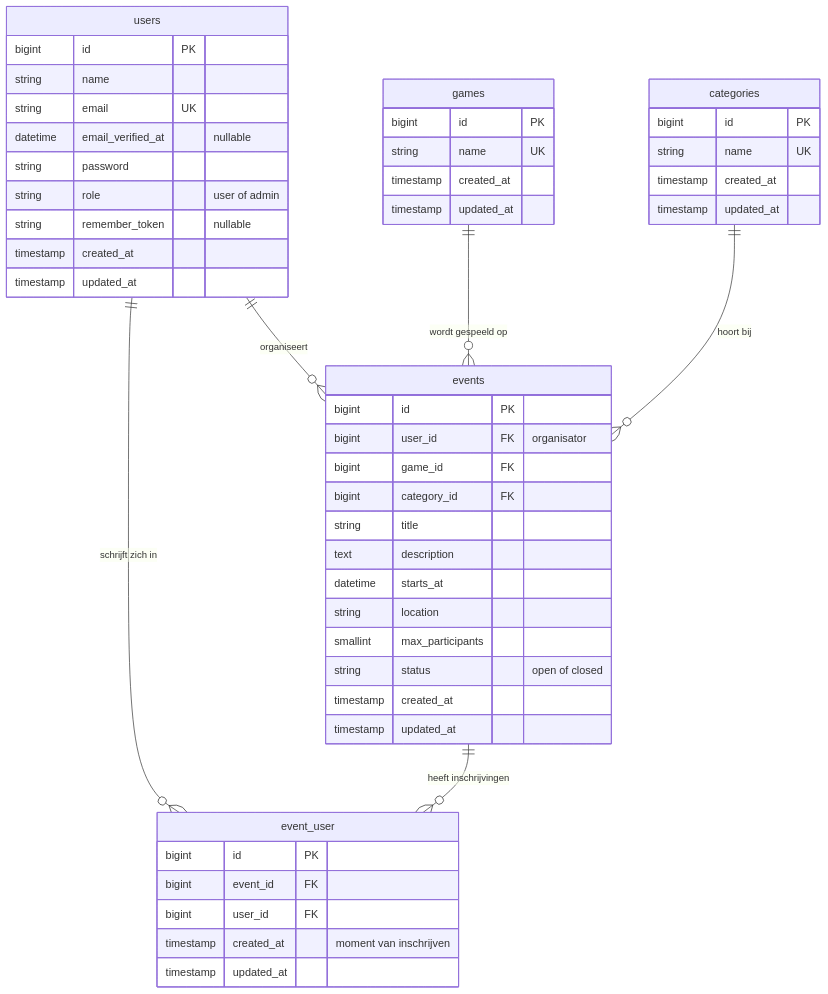
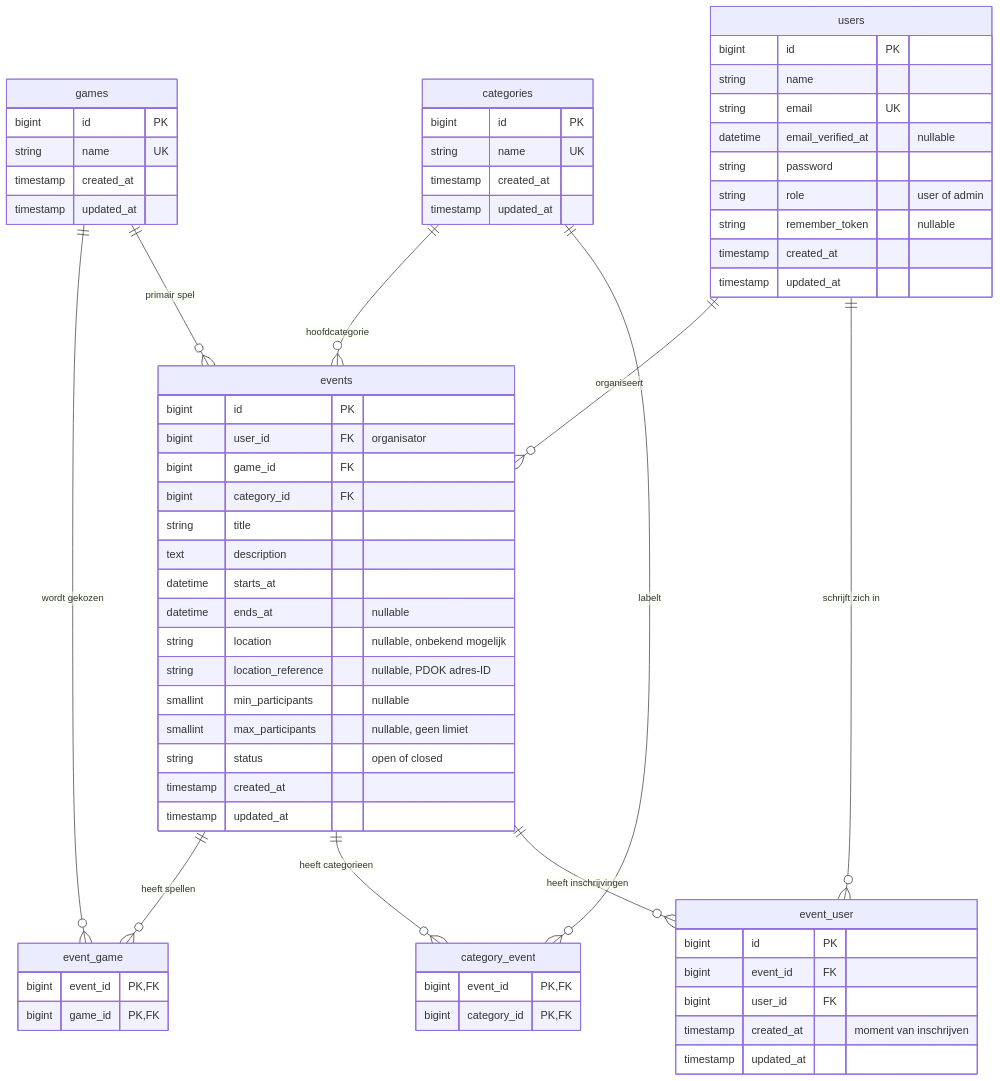
Before and after one commit to Richievdheij/samenspel: the first of 2 diagrams in docs/erd.md, drawn with Mermaid. The commit also changed other lines of this file and 6 other files, not shown here.

Commit message:
feat(events): implement event creation date picker and location selection improvements

````diff
--- a/docs/erd.md
+++ b/docs/erd.md
@@ -14,57 +14,74 @@
 ```mermaid
 erDiagram
     users ||--o{ events : "organiseert"
-    games ||--o{ events : "wordt gespeeld op"
-    categories ||--o{ events : "hoort bij"
+    games ||--o{ event_game : "wordt gekozen"
+    events ||--o{ event_game : "heeft spellen"
+    games ||--o{ events : "primair spel"
+    categories ||--o{ events : "hoofdcategorie"
+    categories ||--o{ category_event : "labelt"
+    events ||--o{ category_event : "heeft categorieen"
     users ||--o{ event_user : "schrijft zich in"
     events ||--o{ event_user : "heeft inschrijvingen"
 
     users {
         bigint id PK
         string name
         string email UK
         datetime email_verified_at "nullable"
         string password
         string role "user of admin"
         string remember_token "nullable"
         timestamp created_at
         timestamp updated_at
     }
 
     games {
         bigint id PK
         string name UK
         timestamp created_at
         timestamp updated_at
     }
 
     categories {
         bigint id PK
         string name UK
         timestamp created_at
         timestamp updated_at
     }
 
     events {
         bigint id PK
         bigint user_id FK "organisator"
         bigint game_id FK
         bigint category_id FK
         string title
         text description
         datetime starts_at
-        string location
-        smallint max_participants
+        datetime ends_at "nullable"
+        string location "nullable, onbekend mogelijk"
+        string location_reference "nullable, PDOK adres-ID"
+        smallint min_participants "nullable"
+        smallint max_participants "nullable, geen limiet"
         string status "open of closed"
         timestamp created_at
         timestamp updated_at
     }
 
     event_user {
         bigint id PK
         bigint event_id FK
         bigint user_id FK
         timestamp created_at "moment van inschrijven"
         timestamp updated_at
     }
+
+    category_event {
+        bigint event_id PK,FK
+        bigint category_id PK,FK
+    }
+
+    event_game {
+        bigint event_id PK,FK
+        bigint game_id PK,FK
+    }
 ```
````
